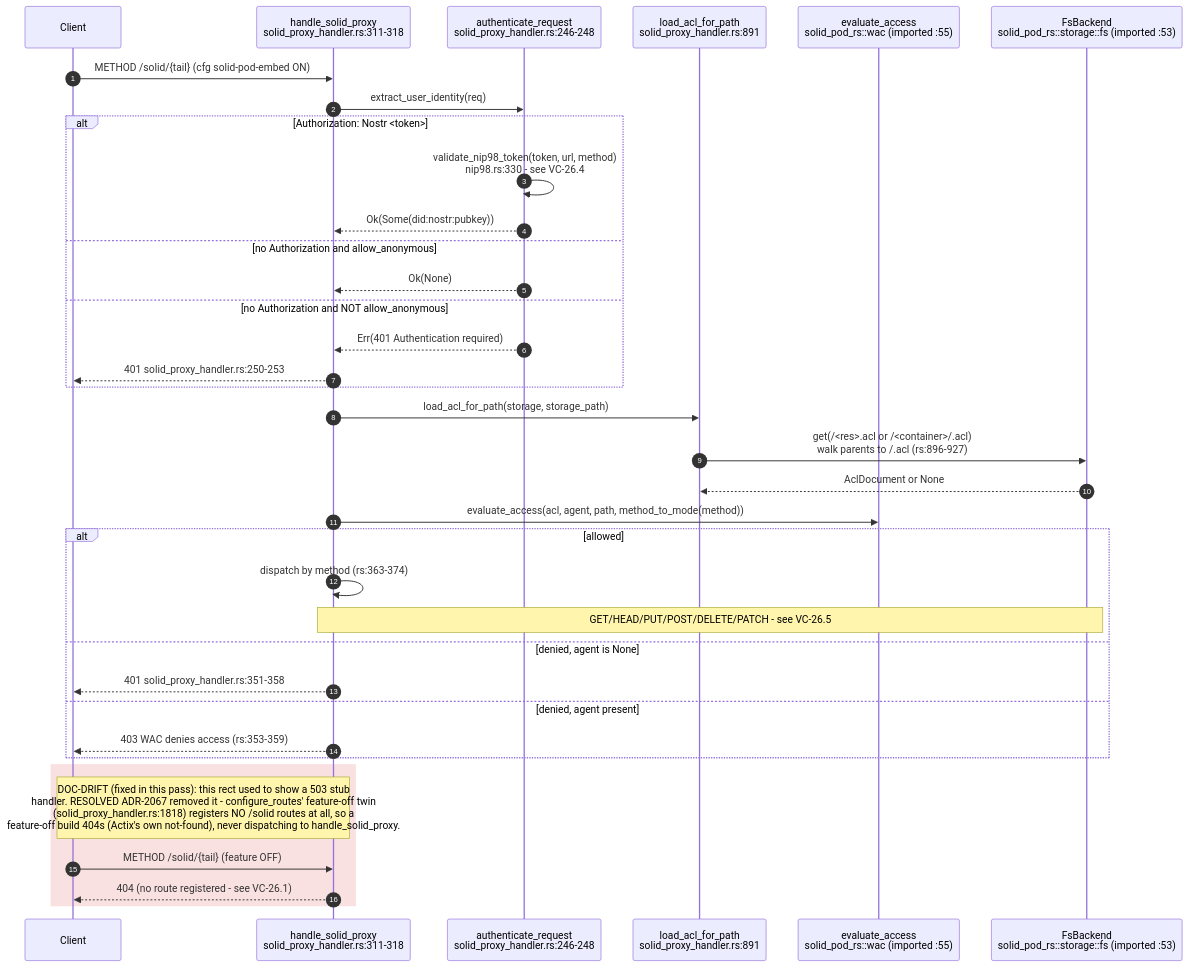
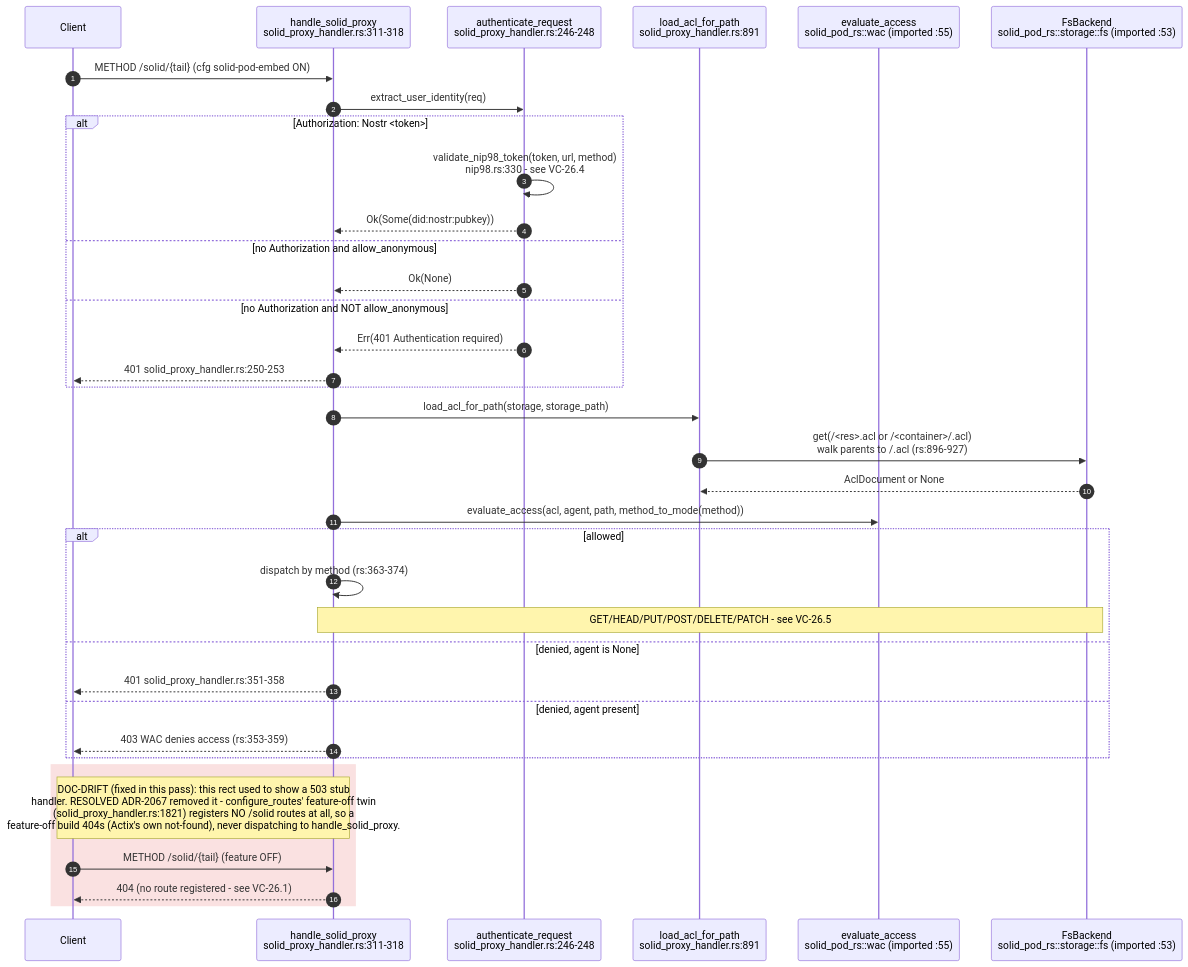
Before and after one commit to DreamLab-AI/VisionFlow: the second of 13 diagrams in docs/diagrams/visionclaw/26-solid-pod-and-jss.md, drawn with Mermaid. The commit also changed other lines of this file and 160 other files, not shown here.

````diff
--- a/docs/diagrams/visionclaw/26-solid-pod-and-jss.md
+++ b/docs/diagrams/visionclaw/26-solid-pod-and-jss.md
@@ -86,40 +87,40 @@
 ```mermaid
 sequenceDiagram
     autonumber
     participant C as Client
     participant H as handle_solid_proxy<br/>solid_proxy_handler.rs:311-318
     participant AUTH as authenticate_request<br/>solid_proxy_handler.rs:246-248
     participant ACL as load_acl_for_path<br/>solid_proxy_handler.rs:891
     participant WAC as evaluate_access<br/>solid_pod_rs::wac (imported :55)
     participant FS as FsBackend<br/>solid_pod_rs::storage::fs (imported :53)
 
     C->>H: METHOD /solid/{tail} (cfg solid-pod-embed ON)
     H->>AUTH: extract_user_identity(req)
     alt Authorization: Nostr <token>
         AUTH->>AUTH: validate_nip98_token(token, url, method)<br/>nip98.rs:330 - see VC-26.4
         AUTH-->>H: Ok(Some(did:nostr:pubkey))
     else no Authorization and allow_anonymous
         AUTH-->>H: Ok(None)
     else no Authorization and NOT allow_anonymous
         AUTH-->>H: Err(401 Authentication required)
         H-->>C: 401 solid_proxy_handler.rs:250-253
     end
     H->>ACL: load_acl_for_path(storage, storage_path)
     ACL->>FS: get(/<res>.acl or /<container>/.acl)<br/>walk parents to /.acl (rs:896-927)
     FS-->>ACL: AclDocument or None
     H->>WAC: evaluate_access(acl, agent, path, method_to_mode(method))
     alt allowed
         H->>H: dispatch by method (rs:363-374)
         Note over H,FS: GET/HEAD/PUT/POST/DELETE/PATCH - see VC-26.5
     else denied, agent is None
         H-->>C: 401 solid_proxy_handler.rs:351-358
     else denied, agent present
         H-->>C: 403 WAC denies access (rs:353-359)
     end
 
     rect rgb(250,225,225)
-    Note over C,H: DOC-DRIFT (fixed in this pass): this rect used to show a 503 stub<br/>handler. RESOLVED ADR-2067 removed it - configure_routes' feature-off twin<br/>(solid_proxy_handler.rs:1818) registers NO /solid routes at all, so a<br/>feature-off build 404s (Actix's own not-found), never dispatching to handle_solid_proxy.
+    Note over C,H: DOC-DRIFT (fixed in this pass): this rect used to show a 503 stub<br/>handler. RESOLVED ADR-2067 removed it - configure_routes' feature-off twin<br/>(solid_proxy_handler.rs:1821) registers NO /solid routes at all, so a<br/>feature-off build 404s (Actix's own not-found), never dispatching to handle_solid_proxy.
     C->>H: METHOD /solid/{tail} (feature OFF)
     H-->>C: 404 (no route registered - see VC-26.1)
     end
 ```
````
